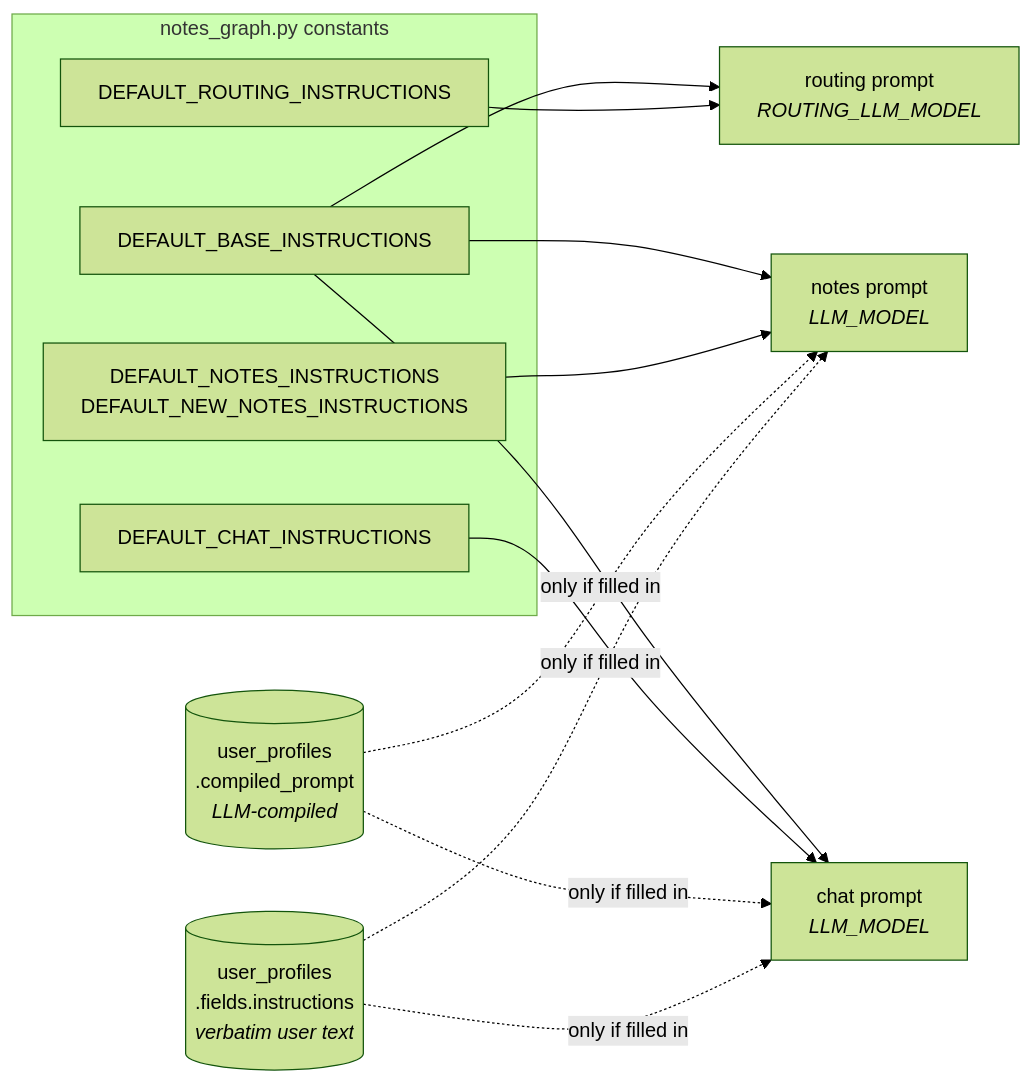
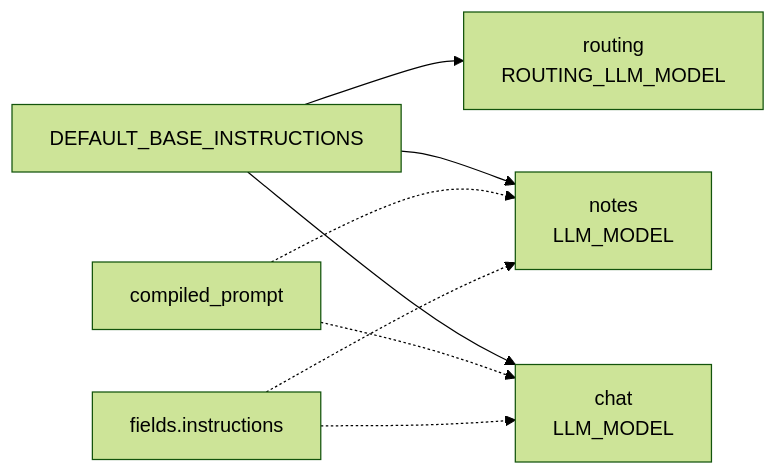
The ninth of 12 diagrams in FLOW.md (karlwehbe/AI-Note-taker), drawn with Mermaid (forest theme) before and after one commit. The commit also changed other lines of this file and 6 other files, not shown here.

````diff
--- a/FLOW.md
+++ b/FLOW.md
@@ -528,22 +269,10 @@
 ```mermaid
 flowchart LR
-  subgraph code["notes_graph.py constants"]
-    BASE["DEFAULT_BASE_INSTRUCTIONS"]
-    ROUTE["DEFAULT_ROUTING_INSTRUCTIONS"]
-    NOTES["DEFAULT_NOTES_INSTRUCTIONS<br/>DEFAULT_NEW_NOTES_INSTRUCTIONS"]
-    CHATI["DEFAULT_CHAT_INSTRUCTIONS"]
-  end
-  PROF[("user_profiles<br/>.compiled_prompt<br/><i>LLM-compiled</i>")]
-  INST[("user_profiles<br/>.fields.instructions<br/><i>verbatim user text</i>")]
-
-  BASE --> P1["routing prompt<br/><i>ROUTING_LLM_MODEL</i>"]
-  ROUTE --> P1
-  BASE --> P2["notes prompt<br/><i>LLM_MODEL</i>"]
-  NOTES --> P2
-  PROF -.->|"only if filled in"| P2
-  INST -.->|"only if filled in"| P2
-  BASE --> P3["chat prompt<br/><i>LLM_MODEL</i>"]
-  CHATI --> P3
-  PROF -.->|"only if filled in"| P3
-  INST -.->|"only if filled in"| P3
+  BASE["DEFAULT_BASE_INSTRUCTIONS"] --> R["routing<br/>ROUTING_LLM_MODEL"]
+  BASE --> N["notes<br/>LLM_MODEL"]
+  BASE --> C["chat<br/>LLM_MODEL"]
+  PROF["compiled_prompt"] -.-> N
+  PROF -.-> C
+  INST["fields.instructions"] -.-> N
+  INST -.-> C
 ```
````
